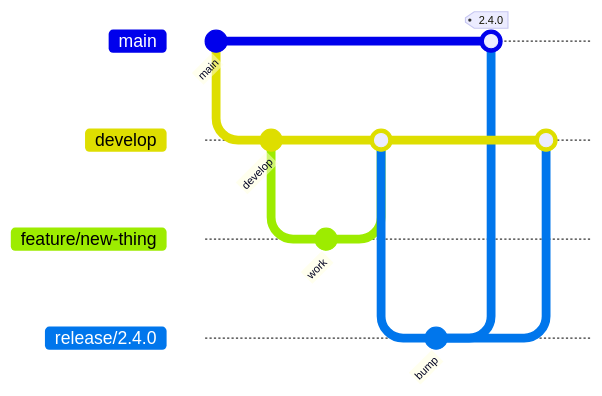
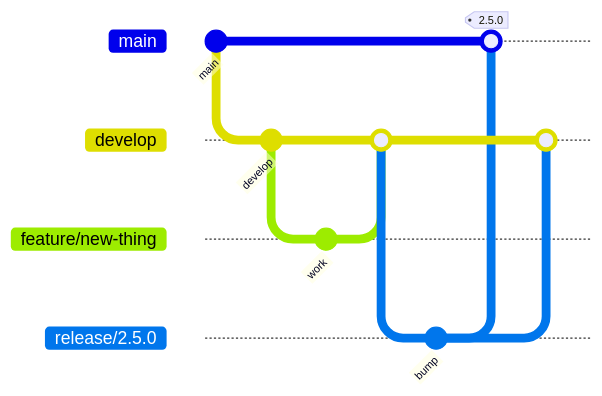
Before and after one commit to msk-access/py-gbcms: the second of 2 diagrams in docs/development/developer-guide.md, drawn with Mermaid. The commit also changed 8 other files, not shown here.

````diff
--- a/docs/development/developer-guide.md
+++ b/docs/development/developer-guide.md
@@ -132,16 +132,16 @@
 ```mermaid
 gitGraph
     commit id: "main"
     branch develop
     commit id: "develop"
     branch feature/new-thing
     commit id: "work"
     checkout develop
     merge feature/new-thing
-    branch release/2.4.0
+    branch release/2.5.0
     commit id: "bump"
     checkout main
-    merge release/2.4.0 tag: "2.4.0"
+    merge release/2.5.0 tag: "2.5.0"
     checkout develop
-    merge release/2.4.0
+    merge release/2.5.0
 ```
````
